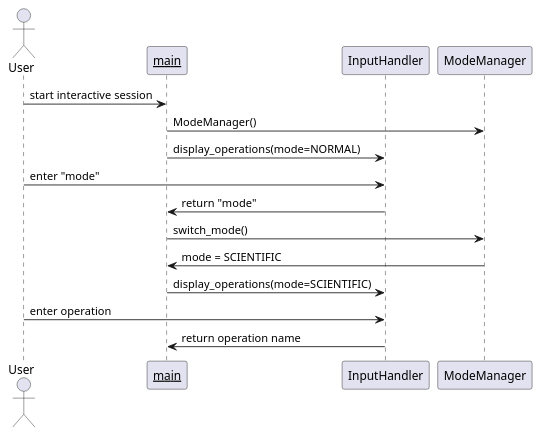
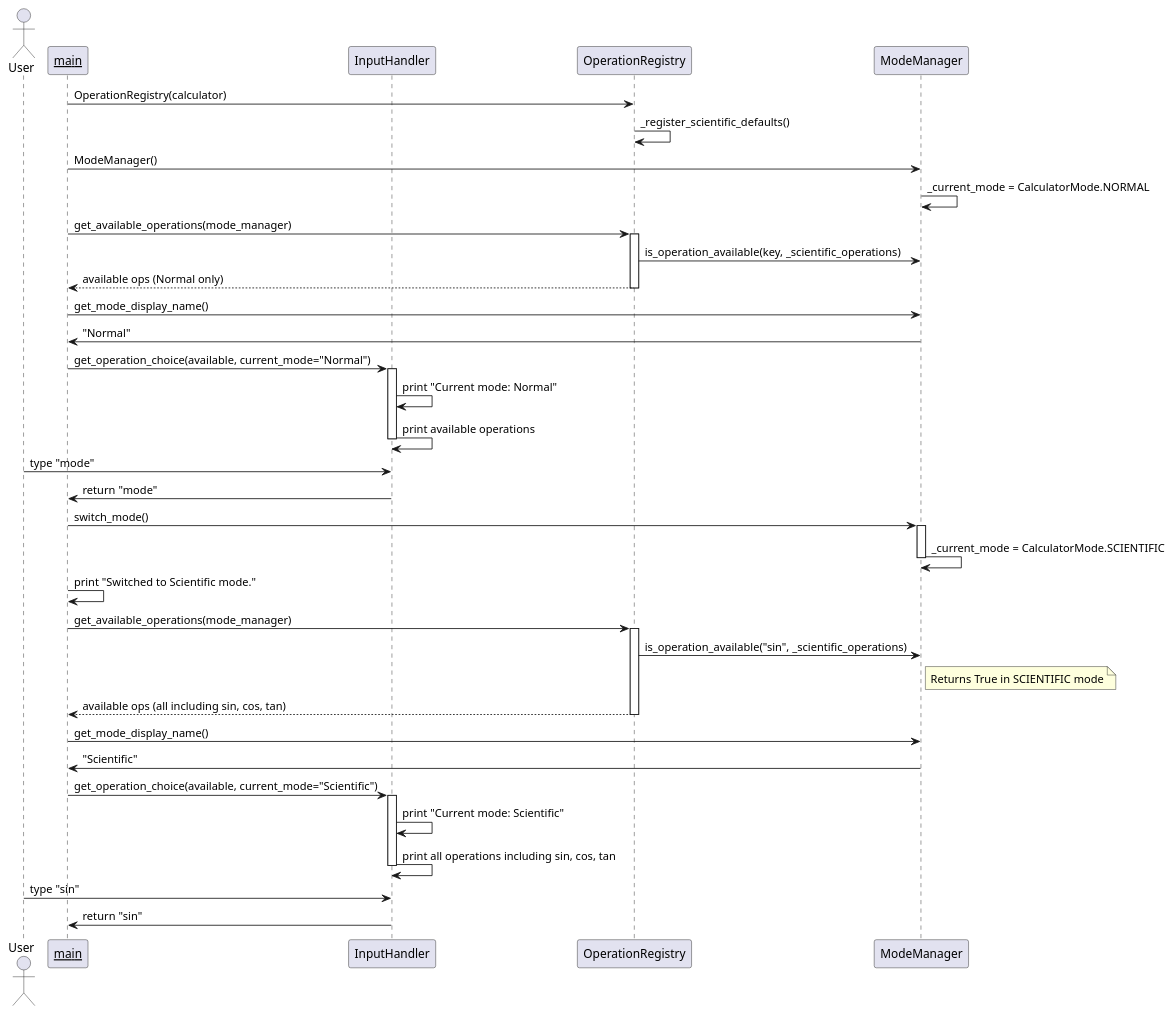
The diagram in artifacts/sequence_diagram_mode_switch.puml (DanielRiha8906/Calculator_bachelor_autoevolution_team), drawn with PlantUML before and after one commit. The commit also changed 3 other files, not shown here.

Commit message:
docs: update diagrams for scientific mode feature

```diff
--- a/artifacts/sequence_diagram_mode_switch.puml
+++ b/artifacts/sequence_diagram_mode_switch.puml
@@ -1,17 +1,54 @@
 @startuml sequence_diagram_mode_switch
+
 actor User
 participant "__main__" as Main
 participant "InputHandler" as IO
+participant "OperationRegistry" as Reg
 participant "ModeManager" as MM
 
-User -> Main: start interactive session
+Main -> Reg: OperationRegistry(calculator)
+Reg -> Reg: _register_scientific_defaults()
 Main -> MM: ModeManager()
-Main -> IO: display_operations(mode=NORMAL)
-User -> IO: enter "mode"
+MM -> MM: _current_mode = CalculatorMode.NORMAL
+
+Main -> Reg: get_available_operations(mode_manager)
+activate Reg
+Reg -> MM: is_operation_available(key, _scientific_operations)
+return available ops (Normal only)
+Main -> MM: get_mode_display_name()
+MM -> Main: "Normal"
+
+Main -> IO: get_operation_choice(available, current_mode="Normal")
+activate IO
+IO -> IO: print "Current mode: Normal"
+IO -> IO: print available operations
+deactivate IO
+
+User -> IO: type "mode"
 IO -> Main: return "mode"
+
 Main -> MM: switch_mode()
-MM -> Main: mode = SCIENTIFIC
-Main -> IO: display_operations(mode=SCIENTIFIC)
-User -> IO: enter operation
-IO -> Main: return operation name
+activate MM
+MM -> MM: _current_mode = CalculatorMode.SCIENTIFIC
+deactivate MM
+Main -> Main: print "Switched to Scientific mode."
+
+Main -> Reg: get_available_operations(mode_manager)
+activate Reg
+Reg -> MM: is_operation_available("sin", _scientific_operations)
+note right of MM: Returns True in SCIENTIFIC mode
+return available ops (all including sin, cos, tan)
+deactivate Reg
+Main -> MM: get_mode_display_name()
+MM -> Main: "Scientific"
+
+Main -> IO: get_operation_choice(available, current_mode="Scientific")
+activate IO
+IO -> IO: print "Current mode: Scientific"
+IO -> IO: print all operations including sin, cos, tan
+deactivate IO
+
+User -> IO: type "sin"
+IO -> Main: return "sin"
+
 @enduml
```
